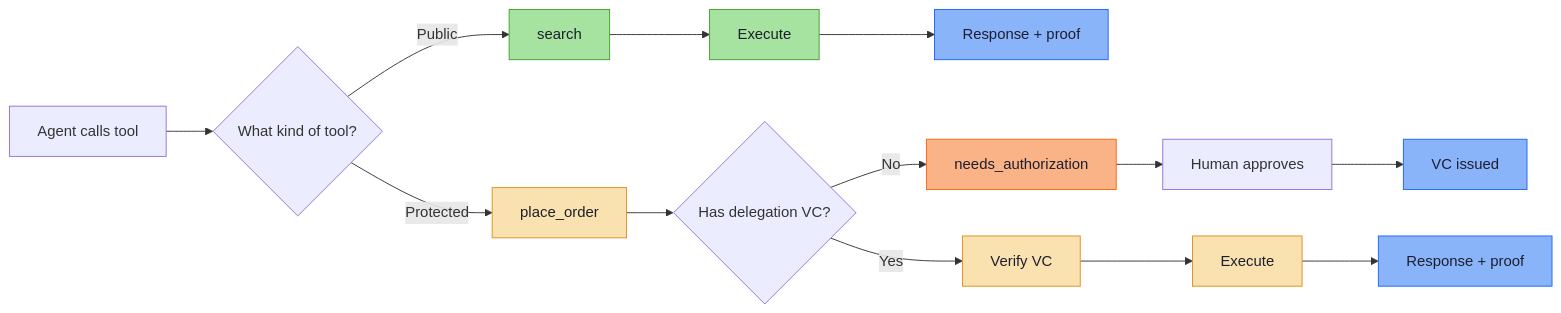
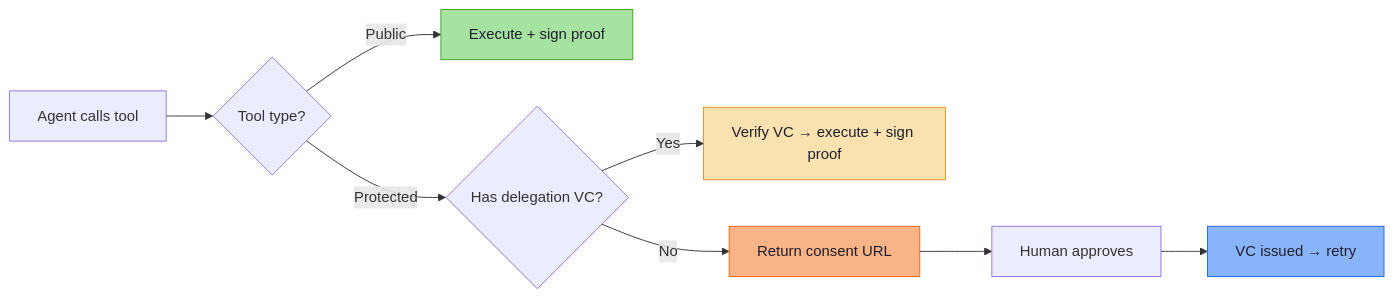
The diagram in README.md (modelcontextprotocol-identity/mcp-i-core), drawn with Mermaid before and after one commit. The commit also changed other lines of this file and 1 other file, not shown here.

````diff
--- a/README.md
+++ b/README.md
@@ -115,13 +62,14 @@
 ```mermaid
 flowchart LR
-    A[Agent calls tool] --> B{What kind of tool?}
-    B -- Public --> C[search]:::public --> D[Execute]:::public --> E[Response + proof]:::success
-    B -- Protected --> F[place_order]:::protected --> G{Has delegation VC?}
-    G -- No --> H[needs_authorization]:::warning --> I[Human approves] --> J[VC issued]:::success
-    G -- Yes --> K[Verify VC]:::protected --> L[Execute]:::protected --> M[Response + proof]:::success
+    A[Agent calls tool] --> B{Tool type?}
+    B -- Public --> C[Execute + sign proof]:::public
+    B -- Protected --> D{Has delegation VC?}
+    D -- Yes --> E[Verify VC → execute + sign proof]:::protected
+    D -- No --> F[Return consent URL]:::warning --> G[Human approves]
+    G --> H[VC issued → retry]:::success
 
     classDef public fill:#a6e3a1,stroke:#40a02b,color:#1e1e2e
     classDef protected fill:#f9e2af,stroke:#df8e1d,color:#1e1e2e
     classDef warning fill:#fab387,stroke:#fe640b,color:#1e1e2e
     classDef success fill:#89b4fa,stroke:#1e66f5,color:#1e1e2e
 ```
````
